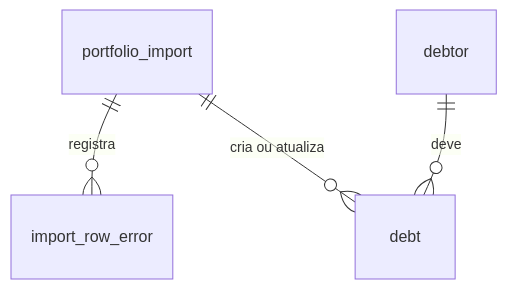
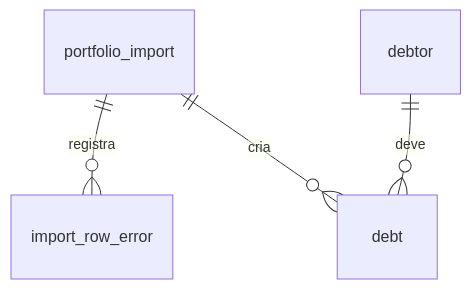
Before and after one commit to quita-app/quita-docs: the third of 6 diagrams in docs/lld/database.md, drawn with Mermaid. The commit also changed other lines of this file and 33 other files, not shown here.

````diff
--- a/docs/lld/database.md
+++ b/docs/lld/database.md
@@ -146,6 +153,6 @@
 ```mermaid
 erDiagram
   portfolio_import ||--o{ import_row_error : "registra"
-  portfolio_import ||--o{ debt : "cria ou atualiza"
+  portfolio_import ||--o{ debt : "cria"
   debtor ||--o{ debt : "deve"
 ```
````
